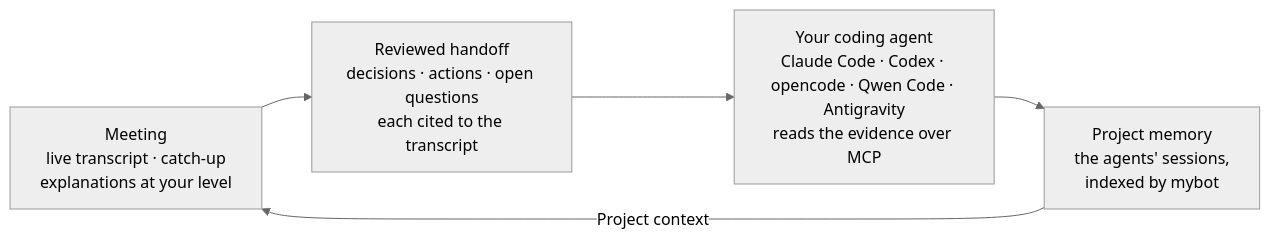
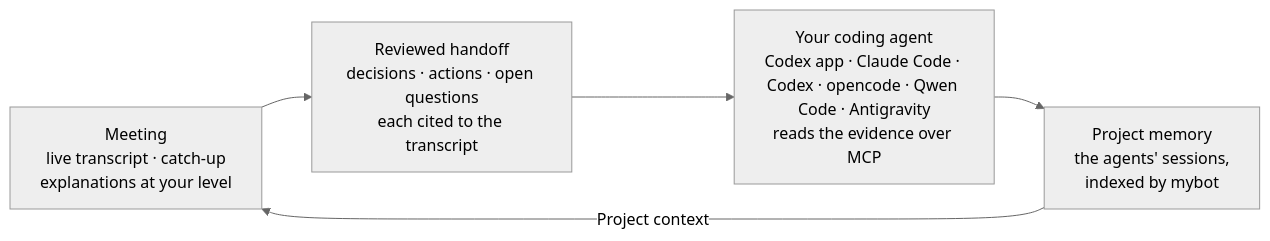
The diagram in README.md (FakeEnd/chumi), drawn with Mermaid (neutral theme) before and after one commit. The commit also changed other lines of this file and 42 other files, not shown here.

````diff
--- a/README.md
+++ b/README.md
@@ -167,7 +147,7 @@
 ```mermaid
 flowchart LR
   M["Meeting<br/>live transcript · catch-up<br/>explanations at your level"] --> H["Reviewed handoff<br/>decisions · actions · open questions<br/>each cited to the transcript"]
-  H --> A["Your coding agent<br/>Claude Code · Codex · opencode · Qwen Code · Antigravity<br/>reads the evidence over MCP"]
+  H --> A["Your coding agent<br/>Codex app · Claude Code · Codex · opencode · Qwen Code · Antigravity<br/>reads the evidence over MCP"]
   A --> P["Project memory<br/>the agents' sessions,<br/>indexed by mybot"]
   P -- "Project context" --> M
 ```
````
